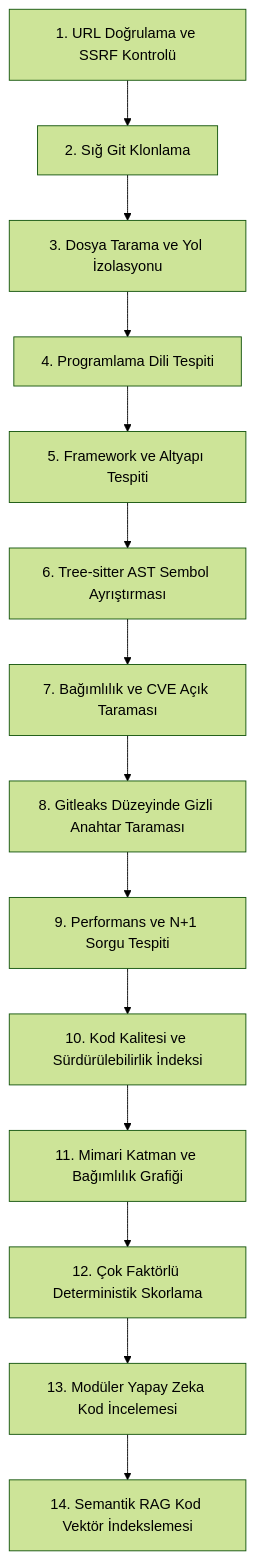
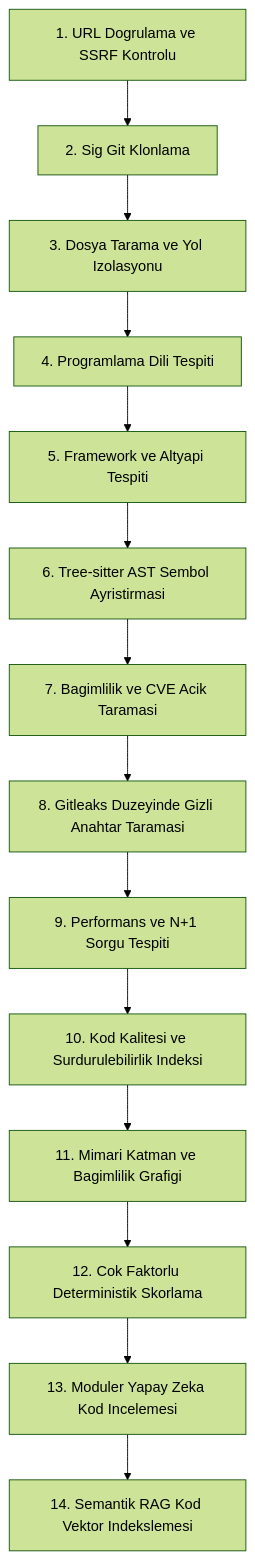
The second of 4 diagrams in README.md (Berkan0535/-CodeXray), drawn with Mermaid (forest theme) before and after one commit. The commit also changed other lines of this file, not shown here.

Commit message:
fix(docs): resolve Mermaid parser error by removing invalid cylinder quotes and spacing

````diff
--- a/README.md
+++ b/README.md
@@ -68,16 +68,19 @@
 ```mermaid
 flowchart TD
-    S1["1. URL Doğrulama ve SSRF Kontrolü"] --> S2["2. Sığ Git Klonlama"]
-    S2 --> S3["3. Dosya Tarama ve Yol İzolasyonu"]
-    S3 --> S4["4. Programlama Dili Tespiti"]
-    S4 --> S5["5. Framework ve Altyapı Tespiti"]
-    S5 --> S6["6. Tree-sitter AST Sembol Ayrıştırması"]
-    S6 --> S7["7. Bağımlılık ve CVE Açık Taraması"]
-    S7 --> S8["8. Gitleaks Düzeyinde Gizli Anahtar Taraması"]
-    S8 --> S9["9. Performans ve N+1 Sorgu Tespiti"]
-    S9 --> S10["10. Kod Kalitesi ve Sürdürülebilirlik İndeksi"]
-    S10 --> S11["11. Mimari Katman ve Bağımlılık Grafiği"]
-    S11 --> S12["12. Çok Faktörlü Deterministik Skorlama"]
-    S12 --> S13["13. Modüler Yapay Zeka Kod İncelemesi"]
-    S13 --> S14["14. Semantik RAG Kod Vektör İndekslemesi"]
+    S1["1. URL Dogrulama ve SSRF Kontrolu"]
+    S2["2. Sig Git Klonlama"]
+    S3["3. Dosya Tarama ve Yol Izolasyonu"]
+    S4["4. Programlama Dili Tespiti"]
+    S5["5. Framework ve Altyapi Tespiti"]
+    S6["6. Tree-sitter AST Sembol Ayristirmasi"]
+    S7["7. Bagimlilik ve CVE Acik Taramasi"]
+    S8["8. Gitleaks Duzeyinde Gizli Anahtar Taramasi"]
+    S9["9. Performans ve N+1 Sorgu Tespiti"]
+    S10["10. Kod Kalitesi ve Surdurulebilirlik Indeksi"]
+    S11["11. Mimari Katman ve Bagimlilik Grafigi"]
+    S12["12. Cok Faktorlu Deterministik Skorlama"]
+    S13["13. Moduler Yapay Zeka Kod Incelemesi"]
+    S14["14. Semantik RAG Kod Vektor Indekslemesi"]
+
+    S1 --> S2 --> S3 --> S4 --> S5 --> S6 --> S7 --> S8 --> S9 --> S10 --> S11 --> S12 --> S13 --> S14
 ```
````
